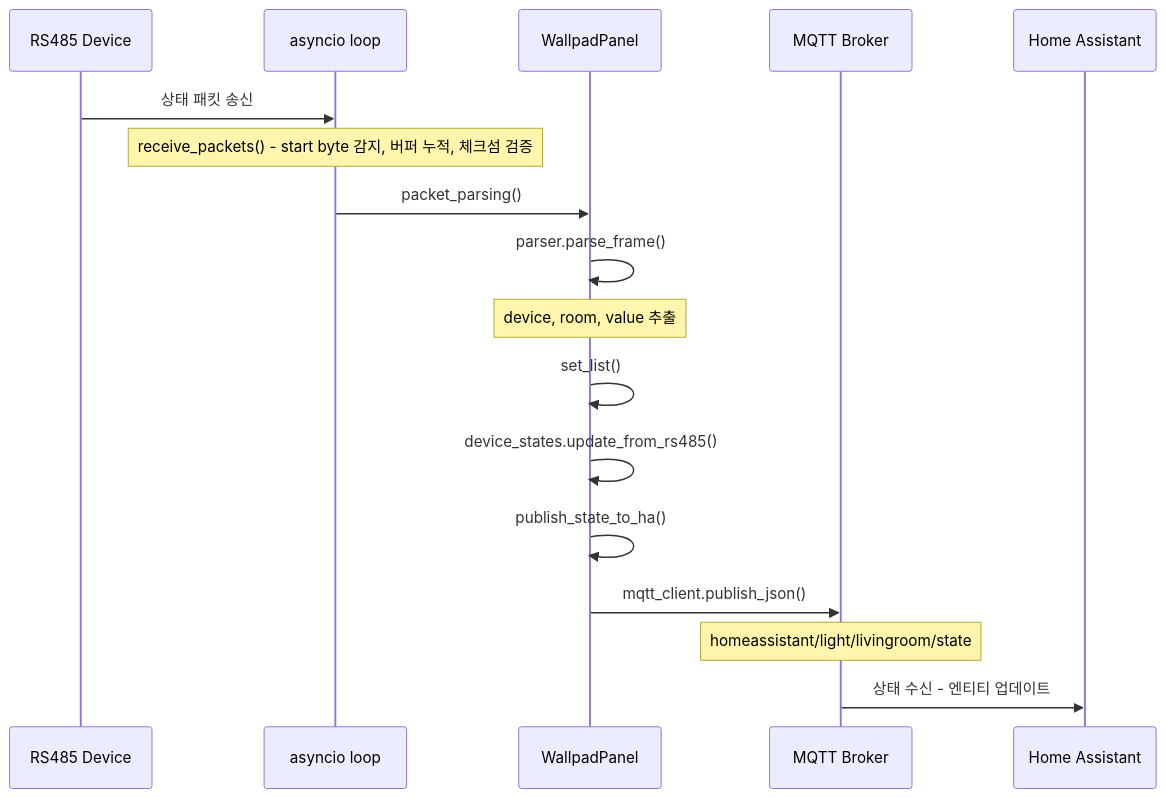
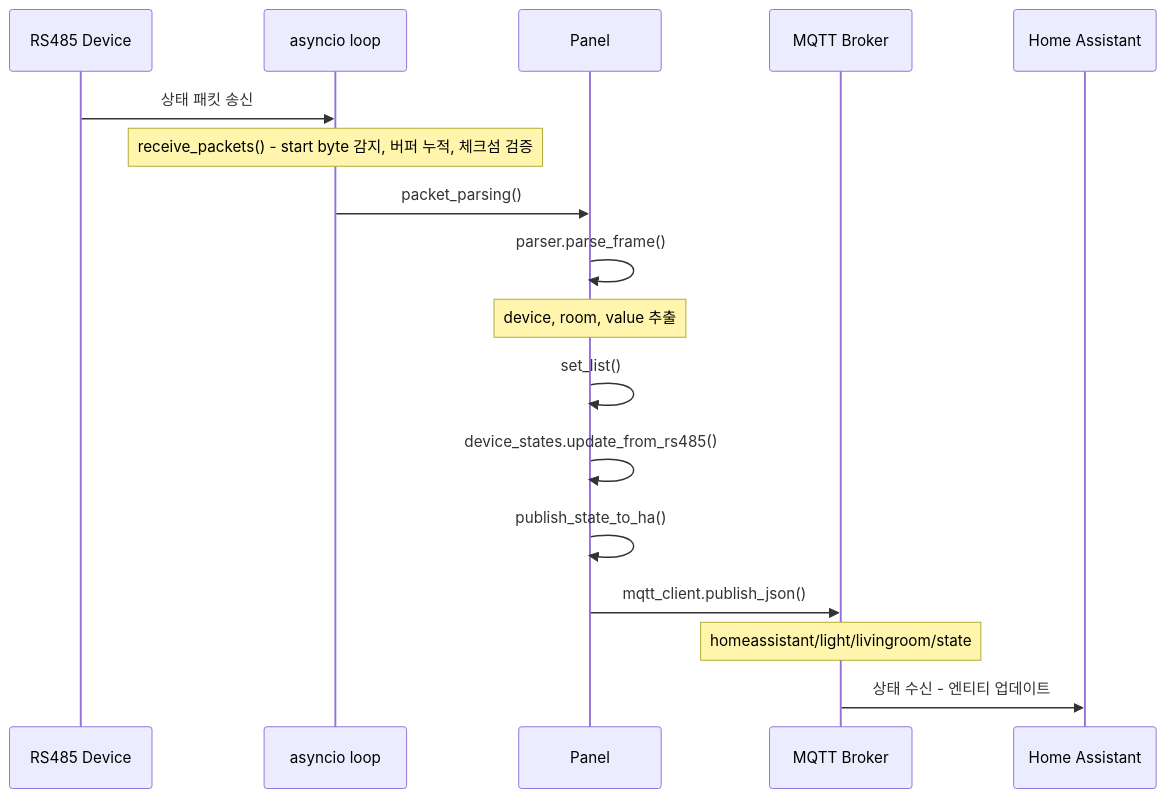
Before and after one commit to indielife/wallpad-mqtt-bridge: the third of 3 diagrams in docs/sequences.md, drawn with Mermaid. The commit also changed other lines of this file and 19 other files, not shown here.

First line of the commit message:
♻️ refactor(panel): WallpadPanel 클래스명을 Panel로 변경

````diff
--- a/docs/sequences.md
+++ b/docs/sequences.md
@@ -89,20 +89,20 @@
 ```mermaid
 sequenceDiagram
     participant RS485 as RS485 Device
     participant aloop as asyncio loop
-    participant Panel as WallpadPanel
+    participant Panel
     participant Broker as MQTT Broker
     participant HA as Home Assistant
 
     RS485->>aloop: 상태 패킷 송신
     Note over aloop: receive_packets() - start byte 감지, 버퍼 누적, 체크섬 검증
     aloop->>Panel: packet_parsing()
     Panel->>Panel: parser.parse_frame()
     Note over Panel: device, room, value 추출
     Panel->>Panel: set_list()
     Panel->>Panel: device_states.update_from_rs485()
     Panel->>Panel: publish_state_to_ha()
     Panel->>Broker: mqtt_client.publish_json()
     Note over Broker: homeassistant/light/livingroom/state
     Broker->>HA: 상태 수신 - 엔티티 업데이트
 ```
````
